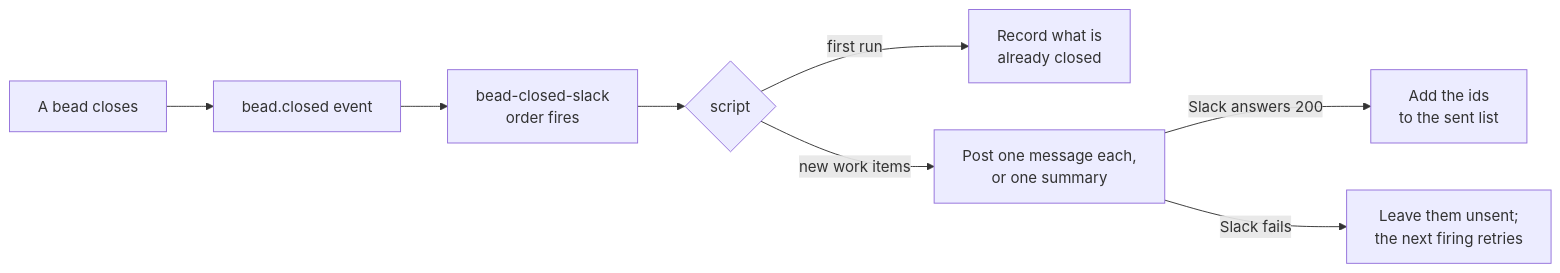
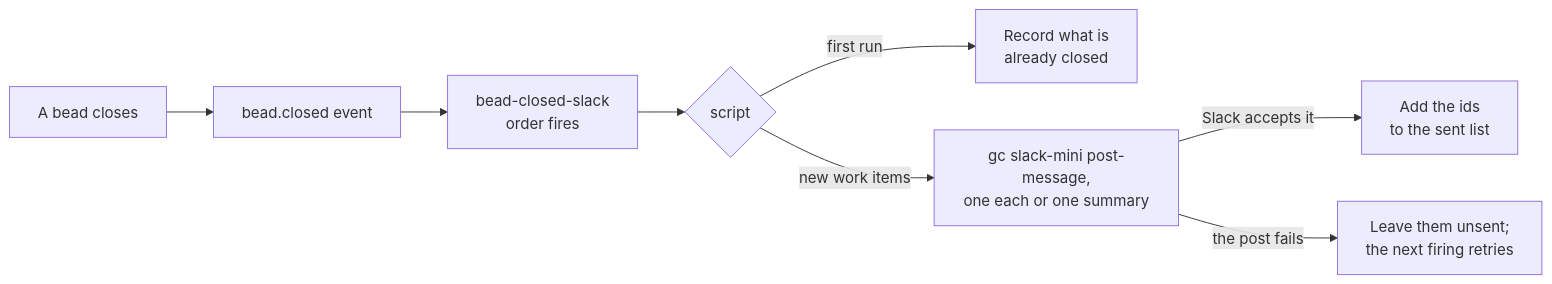
One commit to actual-software/sf-tutorial changed the diagram in artifacts/packs/slack-notify/README.md. Above: the diagram before and after it, drawn with Mermaid. The commit also changed other lines of this file and 10 other files, not shown here.

First line of the commit message:
Rebuild the Slack lab on gascity-packs' slack-mini (#85)

````diff
--- a/artifacts/packs/slack-notify/README.md
+++ b/artifacts/packs/slack-notify/README.md
@@ -37,10 +36,10 @@
 ```mermaid
 flowchart LR
     C["A bead closes"] --> E["bead.closed event"]
     E --> O["bead-closed-slack<br/>order fires"]
     O --> S{"script"}
     S -->|"first run"| B["Record what is<br/>already closed"]
-    S -->|"new work items"| P["Post one message each,<br/>or one summary"]
-    P -->|"Slack answers 200"| R["Add the ids<br/>to the sent list"]
-    P -->|"Slack fails"| N["Leave them unsent;<br/>the next firing retries"]
+    S -->|"new work items"| P["gc slack-mini post-message,<br/>one each or one summary"]
+    P -->|"Slack accepts it"| R["Add the ids<br/>to the sent list"]
+    P -->|"the post fails"| N["Leave them unsent;<br/>the next firing retries"]
 ```
````
